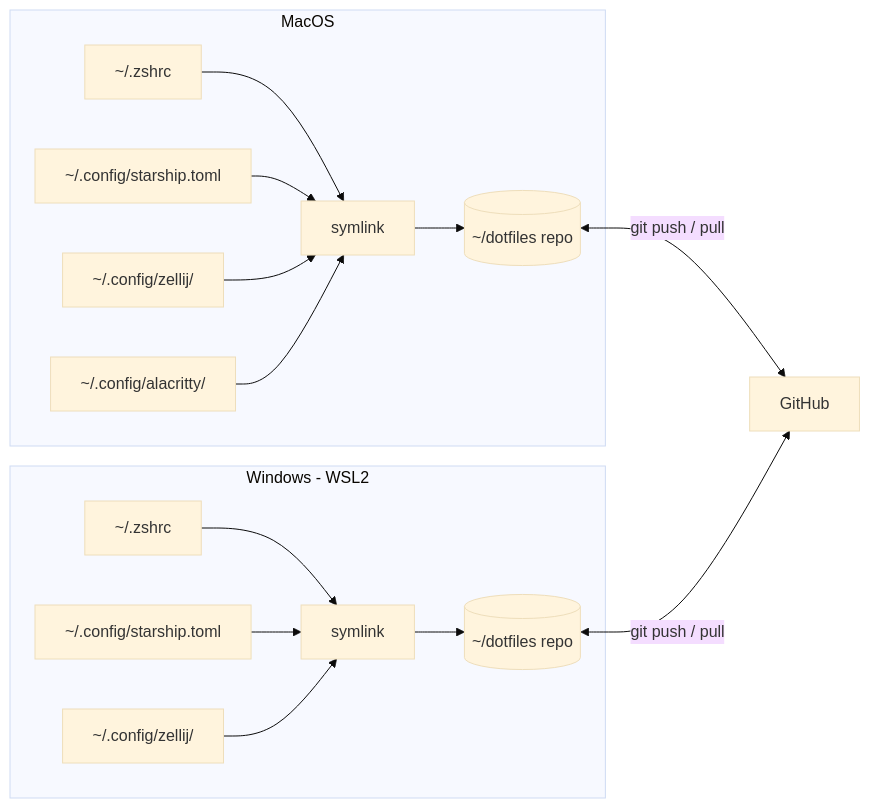
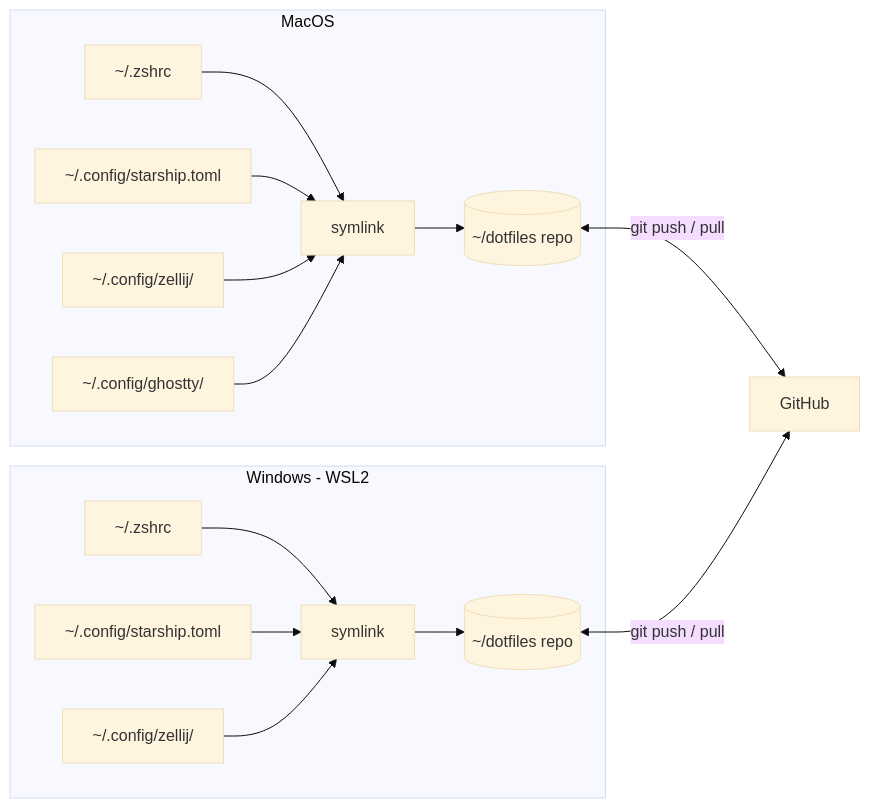
The second of 3 diagrams in README.md (deepusharma/dotfiles), drawn with Mermaid (base theme) before and after one commit. The commit also changed other lines of this file and 9 other files, not shown here.

Commit message:
feat: Replace Alacritty with Ghostty, introduce a comprehensive terminal tools cheatsheet, and update core dotfiles configurations.

````diff
--- a/README.md
+++ b/README.md
@@ -80,20 +80,20 @@
 ```mermaid
 flowchart LR
     subgraph mac [MacOS]
         M1[~/.zshrc] --> ML[symlink]
         M2[~/.config/starship.toml] --> ML
         M3[~/.config/zellij/] --> ML
-        M4[~/.config/alacritty/] --> ML
+        M4[~/.config/ghostty/] --> ML
         ML --> MR[(~/dotfiles repo)]
     end
 
     subgraph win [Windows - WSL2]
         W1[~/.zshrc] --> WL[symlink]
         W2[~/.config/starship.toml] --> WL
         W3[~/.config/zellij/] --> WL
         WL --> WR[(~/dotfiles repo)]
     end
 
     MR <-->|git push / pull| GH[GitHub]
     WR <-->|git push / pull| GH
 ```
````
